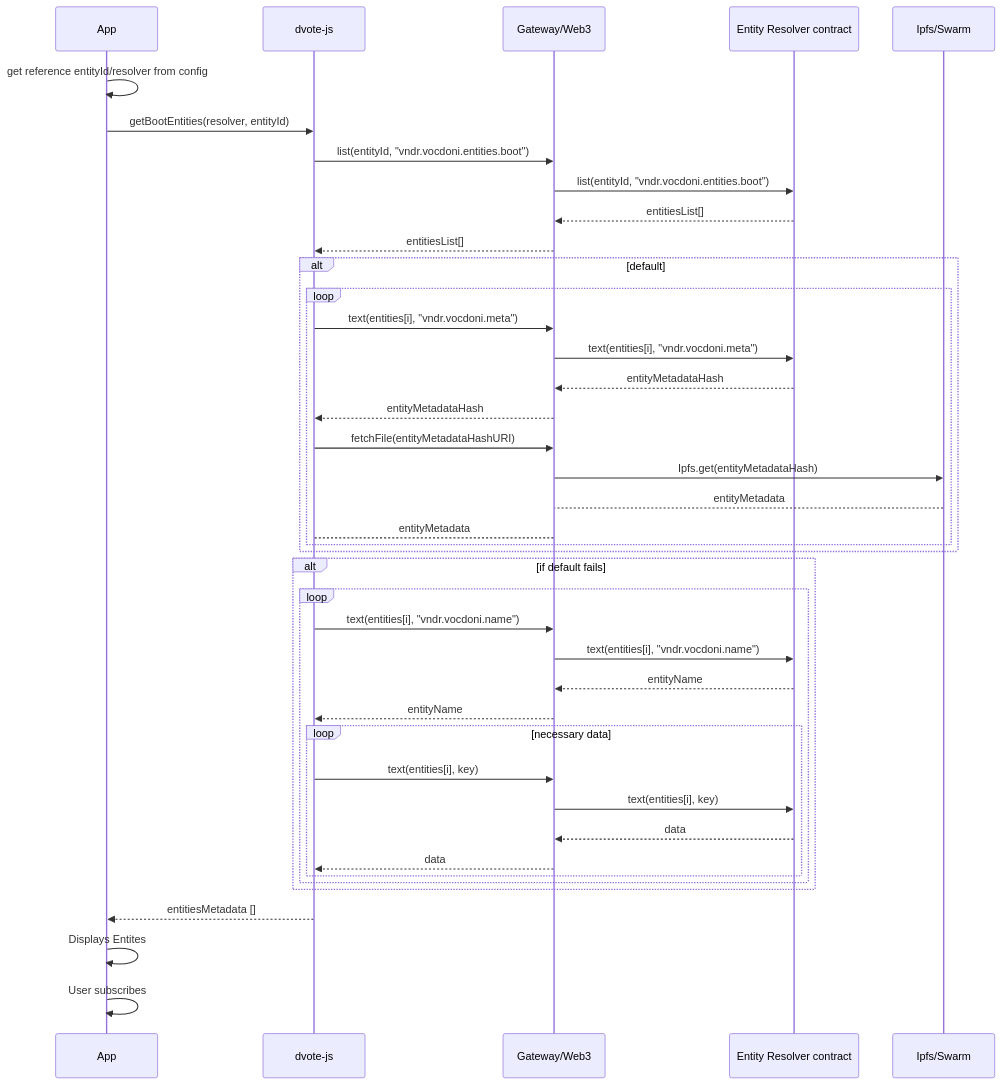
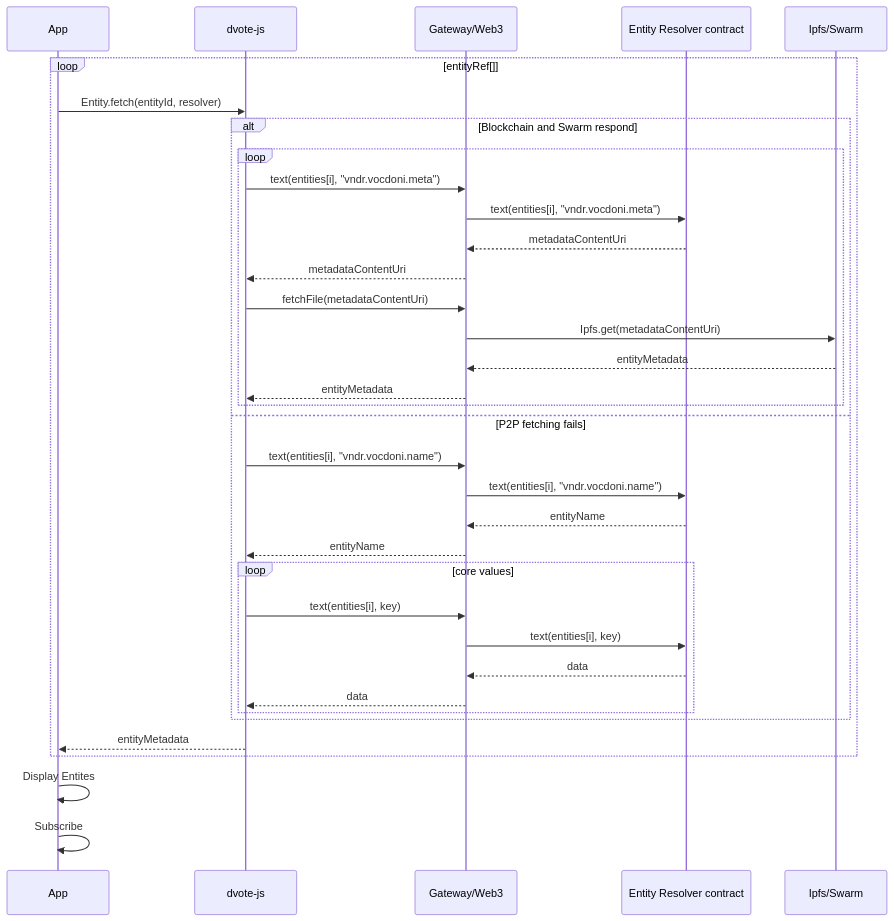
Before and after one commit to vocdoni/docs: the third of 14 diagrams in docs/protocol/sequence-diagrams.md, drawn with Mermaid. The commit also changed other lines of this file, not shown here.

Commit message:
Sequence diagrams WIP

````diff
--- a/docs/protocol/sequence-diagrams.md
+++ b/docs/protocol/sequence-diagrams.md
@@ -84,49 +120,41 @@
 ```mermaid
 
 sequenceDiagram
     participant App
     participant DV as dvote-js
     participant GW as Gateway/Web3
     participant ER as Entity Resolver contract
     participant IPFS as Ipfs/Swarm
 
-    App->>App: get reference entityId/resolver from config
-    App->>DV: getBootEntities(resolver, entityId)
-    DV->>GW: list(entityId, "vndr.vocdoni.entities.boot")
-    GW->>ER: list(entityId, "vndr.vocdoni.entities.boot")
-    ER-->>GW: entitiesList[]
-    GW-->>DV: entitiesList[]
-
-    alt default
-        loop
-            DV->>GW: text(entities[i], "vndr.vocdoni.meta")
-                GW->>ER: text(entities[i], "vndr.vocdoni.meta")
-                ER-->>GW: entityMetadataHash
-            GW-->>DV: entityMetadataHash
-            DV->>GW: fetchFile(entityMetadataHashURI)
-                GW->>IPFS: Ipfs.get(entityMetadataHash)
-                IPFS-->GW: entityMetadata
-            GW-->DV: entityMetadata
-        end
-    end
-
-    alt if default fails
-        loop
+    loop entityRef[]
+        App->>DV: Entity.fetch(entityId, resolver)
+        alt Blockchain and Swarm respond
+            loop
+                DV->>GW: text(entities[i], "vndr.vocdoni.meta")
+                    GW->>ER: text(entities[i], "vndr.vocdoni.meta")
+                    ER-->>GW: metadataContentUri
+                GW-->>DV: metadataContentUri
+                DV->>GW: fetchFile(metadataContentUri)
+                    GW->>IPFS: Ipfs.get(metadataContentUri)
+                    IPFS-->>GW: entityMetadata
+                GW-->>DV: entityMetadata
+            end
+        else P2P fetching fails
             DV->>GW: text(entities[i], "vndr.vocdoni.name")
             GW->>ER: text(entities[i], "vndr.vocdoni.name")
             ER-->>GW: entityName
             GW-->>DV: entityName
 
-            loop necessary data
+            loop core values
                 DV->>GW: text(entities[i], key)
                 GW->>ER: text(entities[i], key)
                 ER-->>GW: data
                 GW-->>DV: data
             end
         end
+        DV-->>App:  entityMetadata
     end
 
-    DV-->>App:  entitiesMetadata []
-    App->>App: Displays Entites
-    App->>App: User subscribes
+    App->>App: Display Entites
+    App->>App: Subscribe
 ```
````
